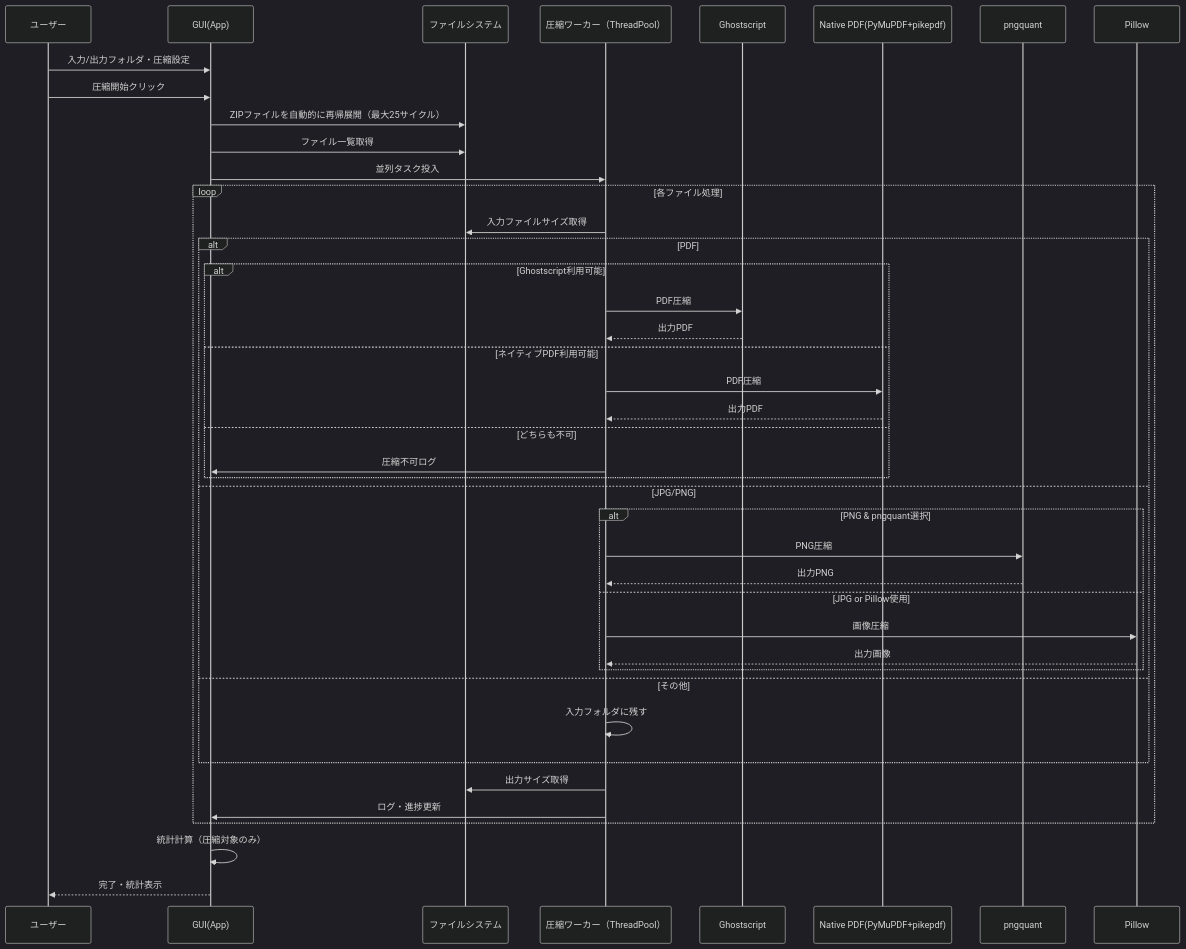
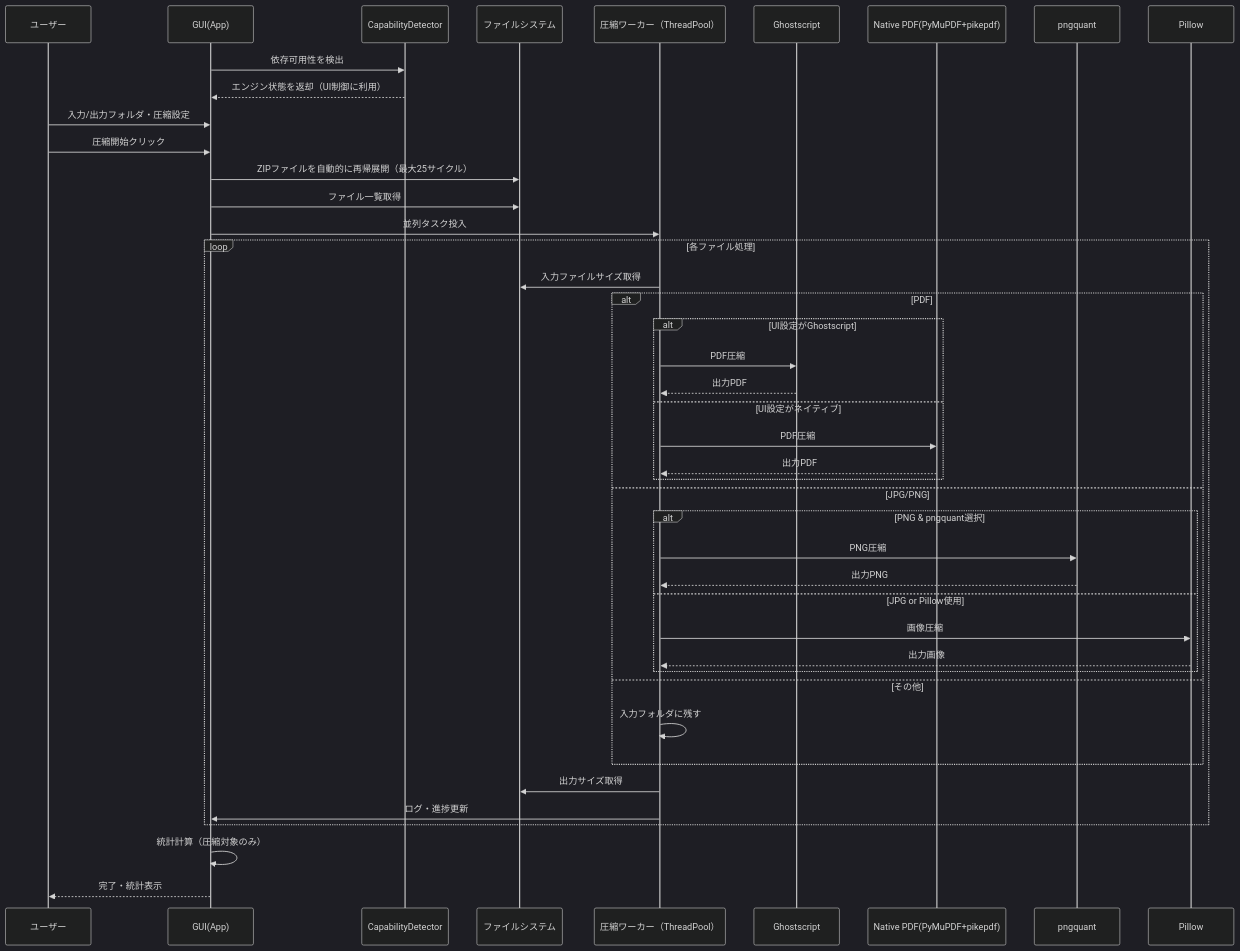
The second of 3 diagrams in Documentation/flow_sequence_and_class_diagrams.md (sho-kawasaki-dd/pjp_compressor_v2), drawn with Mermaid (dark theme) before and after one commit. The commit also changed other lines of this file and 4 other files, not shown here.

````diff
--- a/Documentation/flow_sequence_and_class_diagrams.md
+++ b/Documentation/flow_sequence_and_class_diagrams.md
@@ -38,49 +36,50 @@
 ```mermaid
 sequenceDiagram
     participant User as ユーザー
     participant GUI as GUI(App)
+    participant Cap as CapabilityDetector
     participant FS as ファイルシステム
     participant Worker as 圧縮ワーカー（ThreadPool）
     participant GS as Ghostscript
     participant Native as Native PDF(PyMuPDF+pikepdf)
     participant PNGQ as pngquant
     participant PIL as Pillow
 
+    GUI->>Cap: 依存可用性を検出
+    Cap-->>GUI: エンジン状態を返却（UI制御に利用）
     User->>GUI: 入力/出力フォルダ・圧縮設定
     User->>GUI: 圧縮開始クリック
     GUI->>FS: ZIPファイルを自動的に再帰展開（最大25サイクル）
     GUI->>FS: ファイル一覧取得
     GUI->>Worker: 並列タスク投入
 
     loop 各ファイル処理
         Worker->>FS: 入力ファイルサイズ取得
 
         alt PDF
-            alt Ghostscript利用可能
+            alt UI設定がGhostscript
                 Worker->>GS: PDF圧縮
                 GS-->>Worker: 出力PDF
-            else ネイティブPDF利用可能
+            else UI設定がネイティブ
                 Worker->>Native: PDF圧縮
                 Native-->>Worker: 出力PDF
-            else どちらも不可
-                Worker->>GUI: 圧縮不可ログ
             end
         else JPG/PNG
             alt PNG & pngquant選択
                 Worker->>PNGQ: PNG圧縮
                 PNGQ-->>Worker: 出力PNG
             else JPG or Pillow使用
                 Worker->>PIL: 画像圧縮
                 PIL-->>Worker: 出力画像
             end
         else その他
             Worker->>Worker: 入力フォルダに残す
         end
 
         Worker->>FS: 出力サイズ取得
         Worker->>GUI: ログ・進捗更新
     end
 
     GUI->>GUI: 統計計算（圧縮対象のみ）
     GUI-->>User: 完了・統計表示
 ```
````
